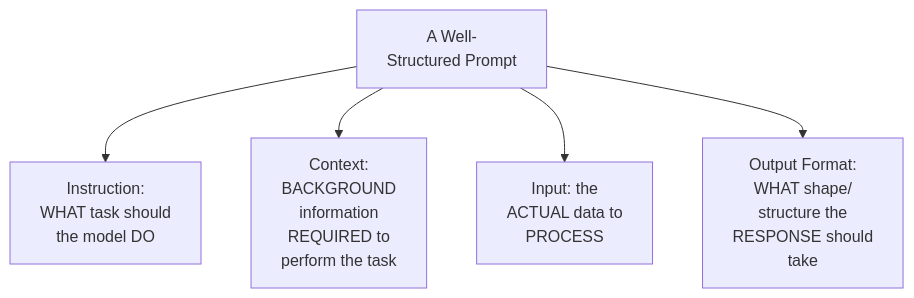
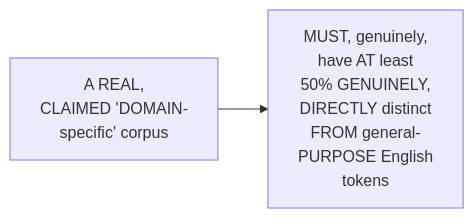
Diagram 17 of 27 in LLM Production AI Engineering/1. AI Foundations/2. Tokenization/4. Resolving the Vocabulary-Size Conflict.md (sanjeevpalla/Notes), drawn with Mermaid before and after one commit. The commit also changed other lines of this file and 7 other files, not shown here.

````diff
--- a/LLM Production AI Engineering/1. AI Foundations/2. Tokenization/4. Resolving the Vocabulary-Size Conflict.md
+++ b/LLM Production AI Engineering/1. AI Foundations/2. Tokenization/4. Resolving the Vocabulary-Size Conflict.md
@@ -551,7 +352,4 @@
 ```mermaid
-flowchart TD
-    A["A Well-<br/>Structured Prompt"] --> B["Instruction:<br/>WHAT task should<br/>the model DO"]
-    A --> C["Context:<br/>BACKGROUND<br/>information<br/>REQUIRED to<br/>perform the task"]
-    A --> D["Input: the<br/>ACTUAL data to<br/>PROCESS"]
-    A --> E["Output Format:<br/>WHAT shape/<br/>structure the<br/>RESPONSE should<br/>take"]
+flowchart LR
+    A["A REAL,<br/>CLAIMED 'DOMAIN-<br/>specific' corpus"] --> B["MUST, genuinely,<br/>have AT least<br/>50% GENUINELY,<br/>DIRECTLY distinct<br/>FROM general-<br/>PURPOSE English<br/>tokens"]
 ```
````
